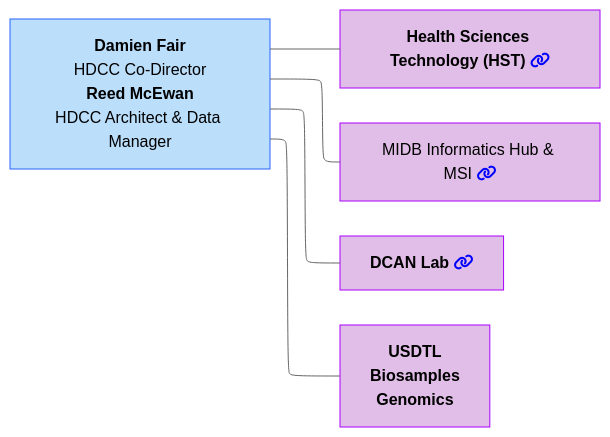
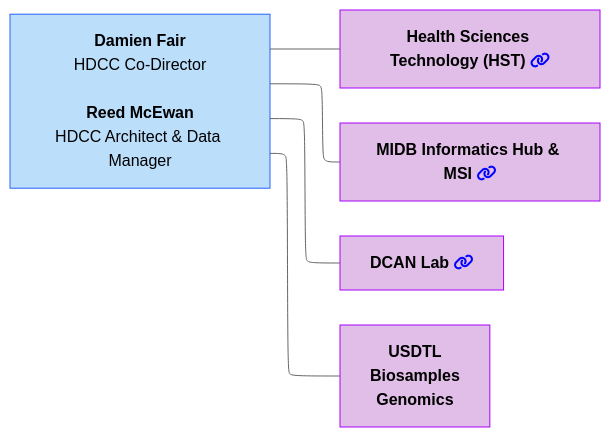
One commit to DCAN-Labs/hbcd-docs-internal changed the fourth of 10 diagrams in docs/orgcharts.md. Above: the diagram before and after it, drawn with Mermaid (neutral theme). The commit also changed other lines of this file, not shown here.

````diff
--- a/docs/orgcharts.md
+++ b/docs/orgcharts.md
@@ -225,19 +226,19 @@
 ```mermaid
 ---
 config:
   layout: elk
 ---
 flowchart LR
-    A1["<b>Damien Fair</b><br>HDCC Co-Director<br><b>Reed McEwan</b><br>HDCC Architect &amp; Data Manager"] 
+    A1["<b>Damien Fair</b><br>HDCC Co-Director<br><br><b>Reed McEwan</b><br>HDCC Architect &amp; Data Manager"] 
     A1 --- HST["<b>Health Sciences Technology (HST)</b> <i class="fa-solid fa-link" style="color: blue;"></i>"]
-    A1 --- MIDB["MIDB Informatics Hub &amp; MSI</b> <i class="fa-solid fa-link" style="color: blue;"></i>"]
+    A1 --- MIDB["<b>MIDB Informatics Hub &amp; MSI</b> <i class="fa-solid fa-link" style="color: blue;"></i>"]
     A1 --- DCAN["<b>DCAN Lab</b> <i class="fa-solid fa-link" style="color: blue;"></i>"] & n6["<b>USDTL<br>Biosamples<br>Genomics</b>"]
     style A1 fill:#BBDEFB,stroke:#2962FF
     style HST fill:#E1BEE7,stroke:#AA00FF
     style MIDB fill:#E1BEE7,stroke:#AA00FF
     style DCAN fill:#E1BEE7,stroke:#AA00FF
     style n6 fill:#E1BEE7,stroke:#AA00FF
     click HST "#health-sciences-technology-hst"
     click MIDB "#midb-informatics-hub-msi"
     click DCAN "#dcan-lab"
 ```
````
